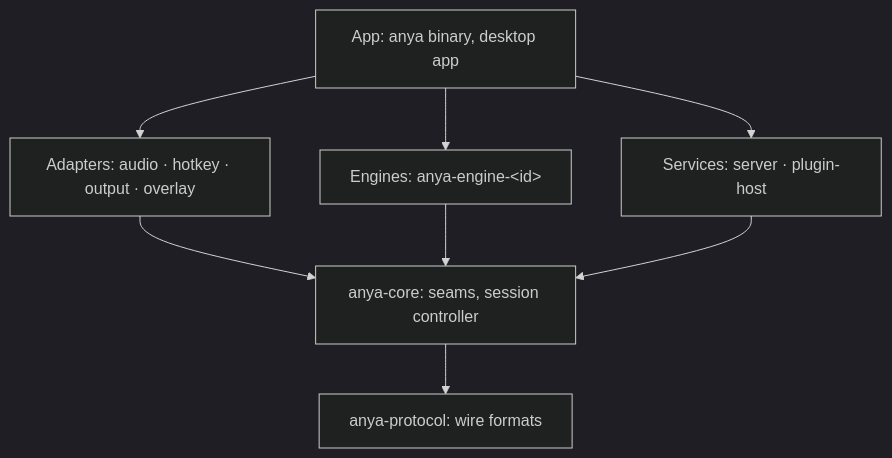
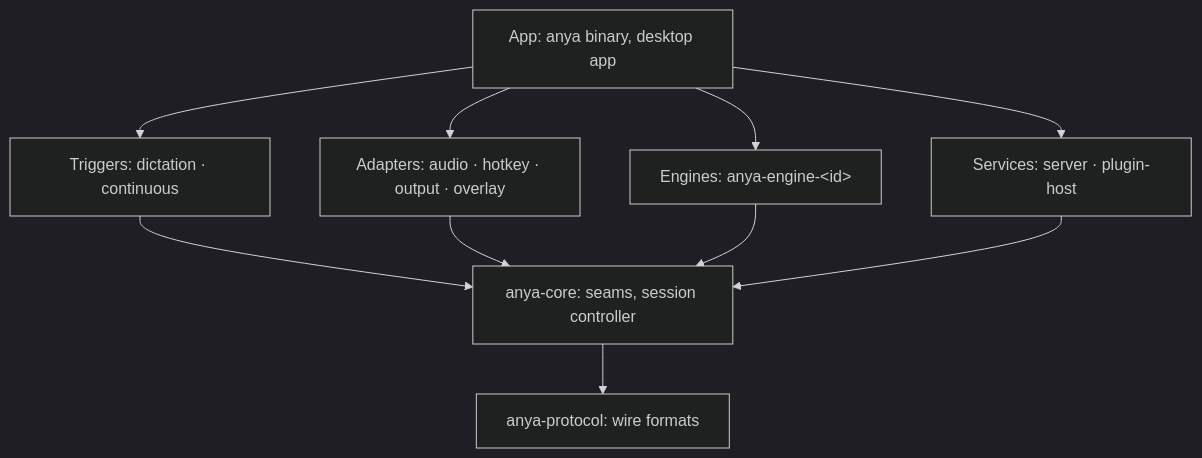
The diagram in ARCHITECTURE.md (wakaka6/anya), drawn with Mermaid (dark theme) before and after one commit. The commit also changed other lines of this file and 74 other files, not shown here.

````diff
--- a/ARCHITECTURE.md
+++ b/ARCHITECTURE.md
@@ -7,11 +7,12 @@
 ```mermaid
 flowchart TB
   App["App: anya binary, desktop app"]
+  Trigger["Triggers: dictation · continuous"]
   Adapter["Adapters: audio · hotkey · output · overlay"]
   Engine["Engines: anya-engine-&lt;id&gt;"]
   Service["Services: server · plugin-host"]
   Core["anya-core: seams, session controller"]
   Protocol["anya-protocol: wire formats"]
-  App --> Adapter & Engine & Service
-  Adapter & Engine & Service --> Core --> Protocol
+  App --> Trigger & Adapter & Engine & Service
+  Trigger & Adapter & Engine & Service --> Core --> Protocol
 ```
````
